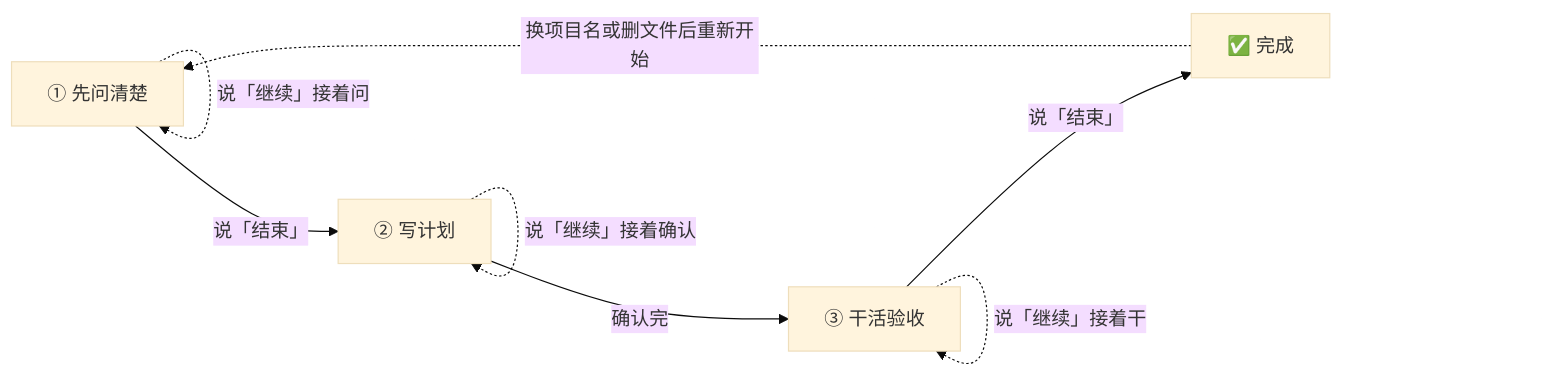
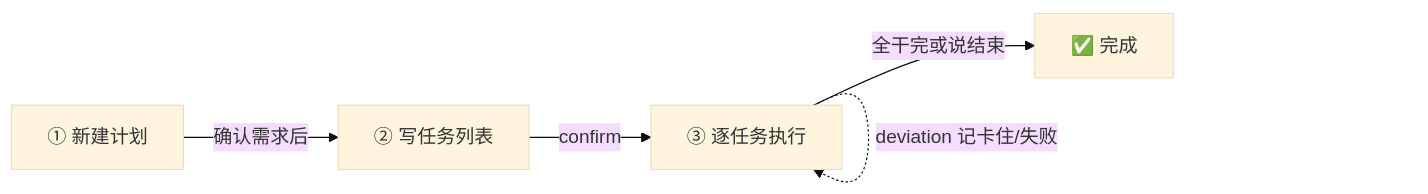
One commit to leotangjc/plan-execute changed the diagram in README.md. Above: the diagram before and after it, drawn with Mermaid (base theme). The commit also changed other lines of this file and 12 other files, not shown here.

````diff
--- a/README.md
+++ b/README.md
@@ -59,10 +59,8 @@
 ```mermaid
 flowchart LR
-  A[① 先问清楚] -->|"说「结束」"| B[② 写计划]
-  B -->|"确认完"| C[③ 干活验收]
-  C -->|"说「结束」"| D[✅ 完成]
-  A -.->|说「继续」接着问| A
-  B -.->|说「继续」接着确认| B
-  C -.->|说「继续」接着干| C
-  D -.->|换项目名或删文件后重新开始| A
+  A[① 新建计划] -->|"确认需求后"| B[② 写任务列表]
+  B -->|"confirm"| C[③ 逐任务执行]
+  C -->|"全干完或说结束"| D[✅ 完成]
+  C -.->|report 看进度| C
+  C -.->|deviation 记卡住/失败| C
 ```
````
